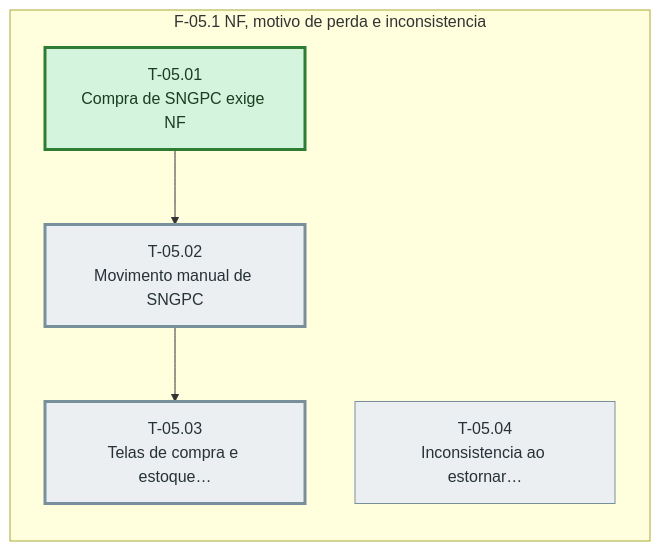
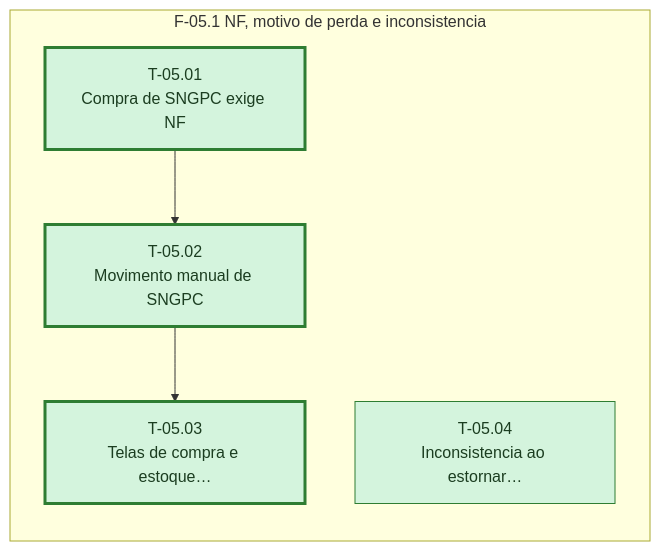
One commit to jonathasGodinho/jgsistemas-PDV changed the diagram in docs/sprintx/features/farmacia-controlados/sprint-05/tasks.md. Above: the diagram before and after it, drawn with Mermaid. The commit also changed other lines of this file and 9 other files, not shown here.

````diff
--- a/docs/sprintx/features/farmacia-controlados/sprint-05/tasks.md
+++ b/docs/sprintx/features/farmacia-controlados/sprint-05/tasks.md
@@ -117,22 +117,22 @@
 ```mermaid
 %% Grafo de tasks — sprint-05 — gerado pela sprintx a partir deste arquivo
 flowchart LR
   subgraph fase_05_1["F-05.1 NF, motivo de perda e inconsistencia"]
     T_05_01["T-05.01<br/>Compra de SNGPC exige NF"]
     T_05_02["T-05.02<br/>Movimento manual de SNGPC"]
     T_05_03["T-05.03<br/>Telas de compra e estoque…"]
     T_05_04["T-05.04<br/>Inconsistencia ao estornar…"]
   end
   T_05_01 --> T_05_02
   T_05_02 --> T_05_03
   classDef concluida fill:#d4f4dd,stroke:#2e7d32,color:#1b3d20
   classDef andamento fill:#fff3cd,stroke:#b8860b,color:#4a3800
   classDef bloqueada fill:#f8d7da,stroke:#c62828,color:#4a1d1f
   classDef pendente  fill:#eceff1,stroke:#78909c,color:#263238
   classDef critico   stroke-width:3px
   class T_05_01 concluida
-  class T_05_02 pendente
-  class T_05_03 pendente
-  class T_05_04 pendente
+  class T_05_02 concluida
+  class T_05_03 concluida
+  class T_05_04 concluida
   class T_05_01,T_05_02,T_05_03 critico
 ```
````
